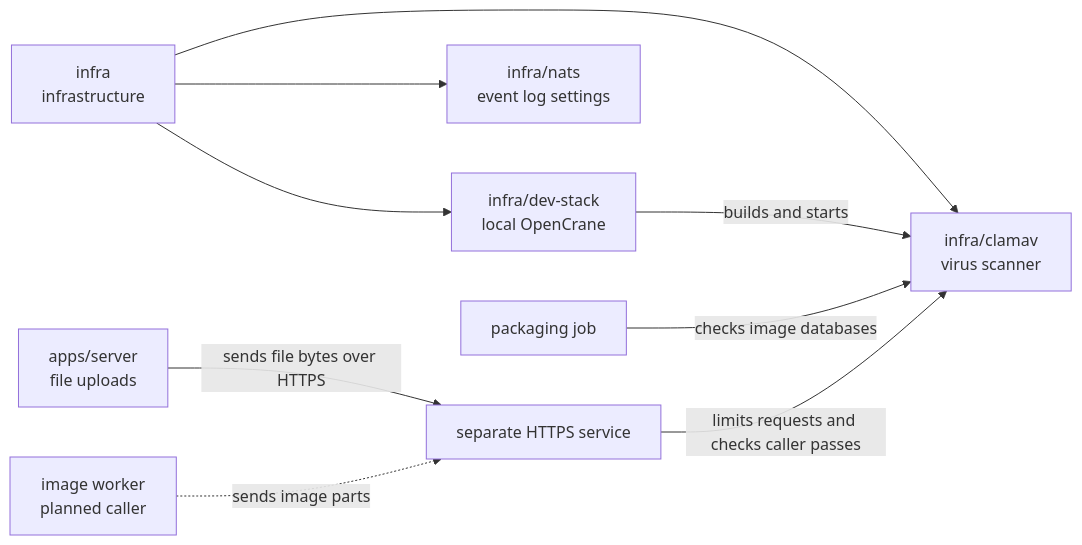
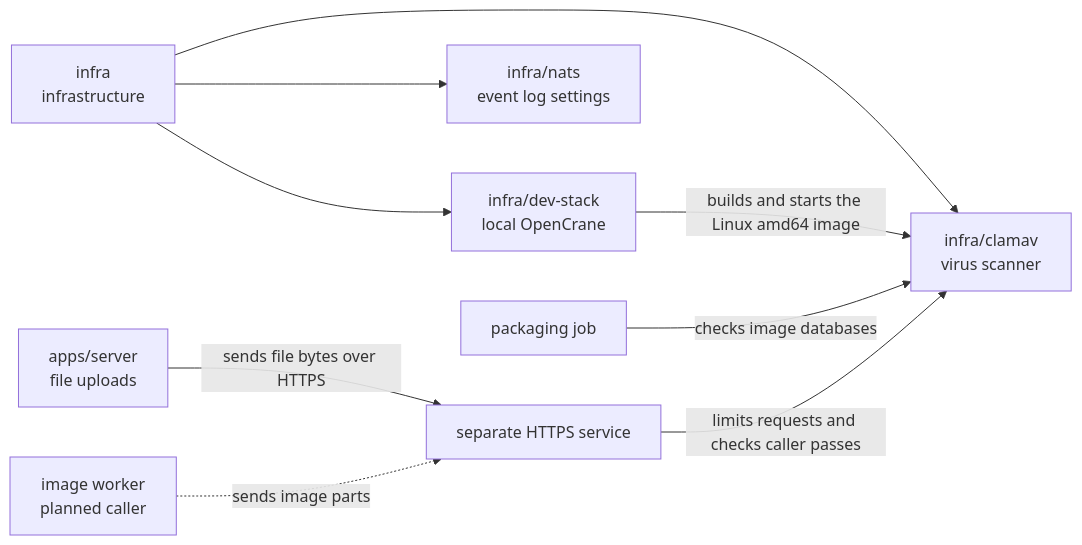
Before and after one commit to elewa-git/opencrane-new: the diagram in infra/clamav/README.md, drawn with Mermaid. The commit also changed other lines of this file and 19 other files, not shown here.

First line of the commit message:
🧰 CI pulls the exact amd64 build of each test image, so missing mirror attestations no longer fail builds (#805)

````diff
--- a/infra/clamav/README.md
+++ b/infra/clamav/README.md
@@ -16,11 +16,11 @@
 ```mermaid
 flowchart LR
   infra["infra<br/>infrastructure"] --> clamav["infra/clamav<br/>virus scanner"]
   infra --> stack["infra/dev-stack<br/>local OpenCrane"]
   infra --> nats["infra/nats<br/>event log settings"]
-  stack -->|builds and starts| clamav
+  stack -->|builds and starts the Linux amd64 image| clamav
   server["apps/server<br/>file uploads"] -->|sends file bytes over HTTPS| launcher
   worker["image worker<br/>planned caller"] -.->|sends image parts| launcher
   packaging["packaging job"] -->|checks image databases| clamav
   launcher["separate HTTPS service"] -->|limits requests and checks caller passes| clamav
 ```
````
